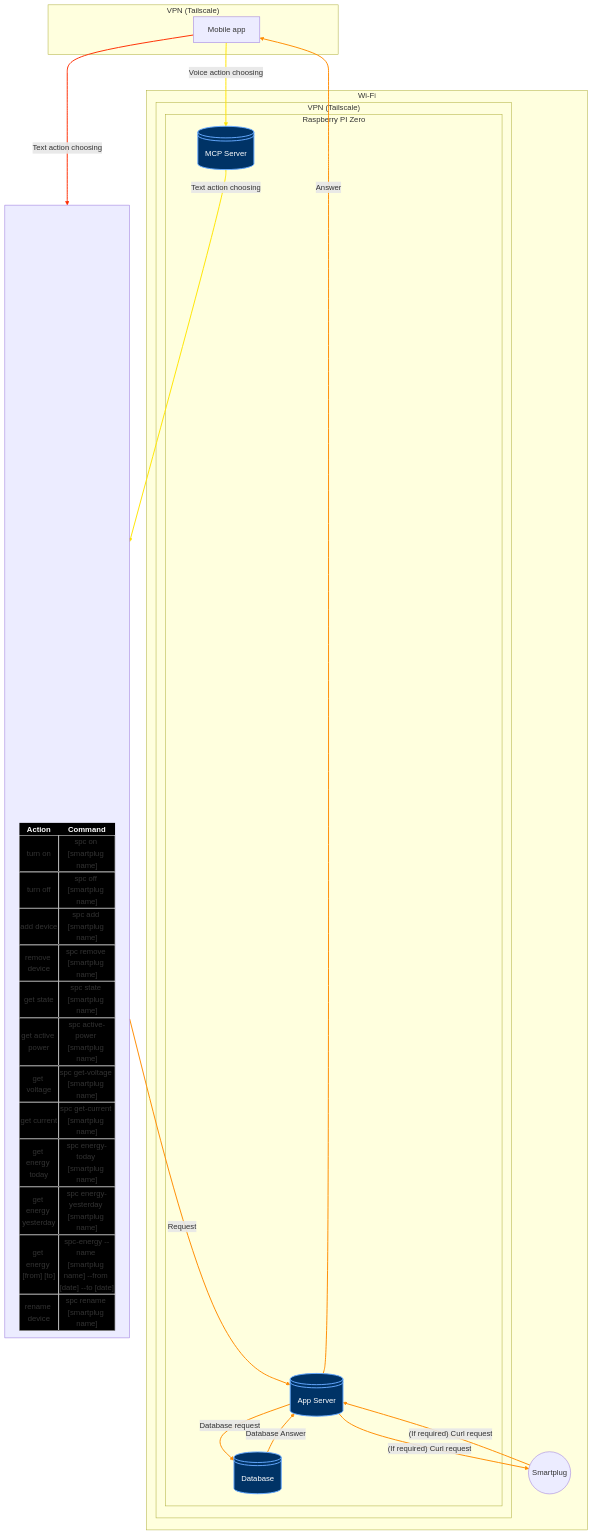
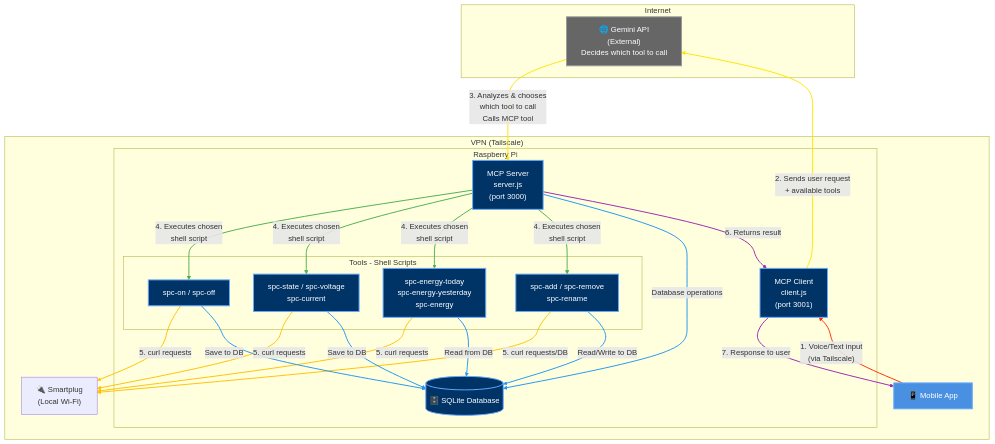
The diagram in README.md (ziobrowskipiotr/App-Plug), drawn with Mermaid before and after one commit. The commit also changed 4 other files, not shown here.

````diff
--- a/README.md
+++ b/README.md
@@ -6,92 +6,60 @@
 ```mermaid
 graph TD
+    subgraph "Internet"
+        G["🌐 Gemini API<br/>(External)<br/>Decides which tool to call"]
+    end
+    
     subgraph "VPN (Tailscale)"
-        A[Mobile app]
+        A["📱 Mobile App"]
+        
+        subgraph "Raspberry Pi"
+            E["MCP Client<br/>client.js<br/>(port 3001)"]
+            C["MCP Server<br/>server.js<br/>(port 3000)"]
+            D[("🗄️ SQLite Database")]
+            
+            subgraph "Tools - Shell Scripts"
+                F1["spc-on / spc-off"]
+                F2["spc-state / spc-voltage<br/>spc-current"]
+                F3["spc-energy-today<br/>spc-energy-yesterday<br/>spc-energy"]
+                F4["spc-add / spc-remove<br/>spc-rename"]
+            end
+        end
+        
+        H["🔌 Smartplug<br/>(Local Wi-Fi)"]
     end
-    B["<table style='border-collapse: separate; border-spacing: 0; background-color:#000000;'>
-        <tr style='background-color:#4a90e2; color:white;'>
-            <th>Action</th>
-            <th>Command</th>
-        </tr>
-        <tr style='background-color:#000000;'>
-            <td style='border:1px solid white;'>turn on</td>
-            <td style='border:1px solid white;'>spc on [smartplug name]</td>
-        </tr>
-        <tr style='background-color:#000000;'>
-            <td style='border:1px solid white;'>turn off</td>
-            <td style='border:1px solid white;'>spc off [smartplug name]</td>
-        </tr>
-        <tr style='background-color:#000000;'>
-            <td style='border:1px solid white;'>add device</td>
-            <td style='border:1px solid white;'>spc add [smartplug name]</td>
-        </tr>
-        <tr style='background-color:#000000;'>
-            <td style='border:1px solid white;'>remove device</td>
-            <td style='border:1px solid white;'>spc remove [smartplug name]</td>
-        </tr>
-        <tr style='background-color:#000000;'>
-            <td style='border:1px solid white;'>get state</td>
-            <td style='border:1px solid white;'>spc state [smartplug name]</td>
-        </tr>
-        <tr style='background-color:#000000;'>
-            <td style='border:1px solid white;'>get active power</td>
-            <td style='border:1px solid white;'>spc active-power [smartplug name]</td>
-        </tr>
-        <tr style='background-color:#000000;'>
-            <td style='border:1px solid white;'>get voltage</td>
-            <td style='border:1px solid white;'>spc get-voltage [smartplug name]</td>
-        </tr>
-        <tr style='background-color:#000000;'>
-            <td style='border:1px solid white;'>get current</td>
-            <td style='border:1px solid white;'>spc get-current [smartplug name]</td>
-        </tr>
-        <tr style='background-color:#000000;'>
-            <td style='border:1px solid white;'>get energy today</td>
-            <td style='border:1px solid white;'>spc energy-today [smartplug name]</td>
-        </tr>
-        <tr style='background-color:#000000;'>
-            <td style='border:1px solid white;'>get energy yesterday</td>
-            <td style='border:1px solid white;'>spc energy-yesterday [smartplug name]</td>
-        </tr>
-        <tr style='background-color:#000000;'>
-            <td style='border:1px solid white;'>get energy [from] [to]</td>
-            <td style='border:1px solid white;'>spc-energy --name [smartplug name] --from [date] --to [date]</td>
-        </tr>
-         <tr style='background-color:#000000;'>
-            <td style='border:1px solid white;'>rename device</td>
-            <td style='border:1px solid white;'>spc rename [smartplug name]</td>
-        </tr>
-    </table>"]
-    subgraph "Wi-Fi"
-    subgraph "VPN (Tailscale)"
-        subgraph "Raspberry PI Zero"
-        C@{ shape: lin-cyl, label: "App Server" }
-        D@{ shape: lin-cyl, label: "Database" }
-        E@{ shape: lin-cyl, label: "MCP Server" }
-    end
+    
     classDef rpi fill:#003366,stroke:#66aaff,stroke-width:2px,color:white;
-    class C,D,E rpi;
-    end
-        F@{ shape: circle, label: "Smartplug" }
-    end
+    classDef external fill:#666,stroke:#999,stroke-width:2px,color:white;
+    classDef mobile fill:#4a90e2,stroke:#66aaff,stroke-width:2px,color:white;
+    
+    class C,E,D,F1,F2,F3,F4 rpi;
+    class G external;
+    class A mobile;
 
-    A -- "Text action choosing" --> B
-    A -- "Voice action choosing" --> E
-    B -- "Request" --> C
-    E -- "Text action choosing" --> B
-    C -- "Database request" --> D
-    D -- "Database Answer" --> C
-    C -- "(If required) Curl request" --> F
-    F -- "(If required) Curl request" --> C
-    C -- "Answer" --> A
+    A -- "1. Voice/Text input<br/>(via Tailscale)" --> E
+    E -- "2. Sends user request<br/>+ available tools" --> G
+    G -- "3. Analyzes & chooses<br/>which tool to call<br/>Calls MCP tool" --> C
+    C -- "4. Executes chosen<br/>shell script" --> F1
+    C -- "4. Executes chosen<br/>shell script" --> F2
+    C -- "4. Executes chosen<br/>shell script" --> F3
+    C -- "4. Executes chosen<br/>shell script" --> F4
+    F1 -- "5. curl requests" --> H
+    F2 -- "5. curl requests" --> H
+    F3 -- "5. curl requests" --> H
+    F4 -- "5. curl requests/DB" --> H
+    C -- "Database operations" --> D
+    F1 -- "Save to DB" --> D
+    F2 -- "Save to DB" --> D
+    F3 -- "Read from DB" --> D
+    F4 -- "Read/Write to DB" --> D
+    C -- "6. Returns result" --> E
+    E -- "7. Response to user" --> A
 
     linkStyle 0 stroke:#FF2C00,stroke-width:2px;
     linkStyle 1 stroke:#FFE500,stroke-width:2px;
-    linkStyle 2 stroke:#FF8C00,stroke-width:2px;
-    linkStyle 3 stroke:#FFE500,stroke-width:2px;
-    linkStyle 4 stroke:#FF8C00,stroke-width:2px;
-    linkStyle 5 stroke:#FF8C00,stroke-width:2px;
-    linkStyle 6 stroke:#FF8C00,stroke-width:2px;
-    linkStyle 7 stroke:#FF8C00,stroke-width:2px;
-    linkStyle 8 stroke:#FF8C00,stroke-width:2px;
+    linkStyle 2 stroke:#FFE500,stroke-width:2px;
+    linkStyle 3,4,5,6 stroke:#4CAF50,stroke-width:2px;
+    linkStyle 7,8,9,10 stroke:#FFC107,stroke-width:2px;
+    linkStyle 11,12,13,14,15 stroke:#2196F3,stroke-width:2px;
+    linkStyle 16,17 stroke:#9C27B0,stroke-width:2px;
 ```
````
